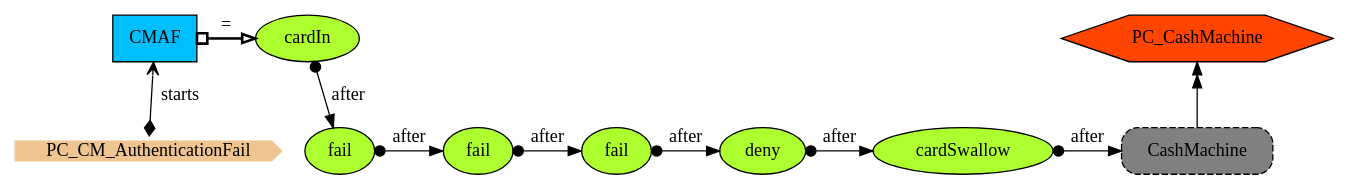
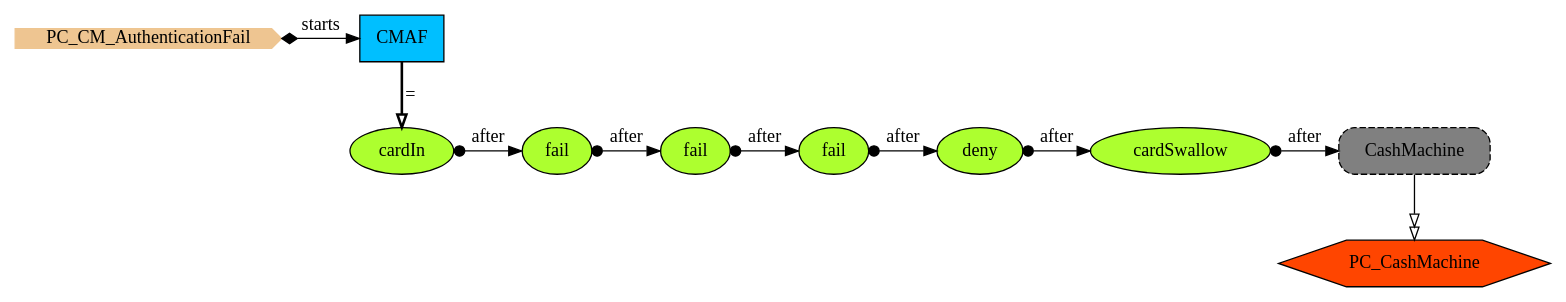
The diagram in Haskell/PCs/Examples/img/PC_CM_AuthenticationFail.gv (namalio/Fragmenta), drawn with Graphviz before and after one commit. The commit also changed 30 other files, not shown here.

```diff
--- a/Haskell/PCs/Examples/img/PC_CM_AuthenticationFail.gv
+++ b/Haskell/PCs/Examples/img/PC_CM_AuthenticationFail.gv
@@ -1,31 +1,30 @@
 digraph {
 StartN_ [shape = cds,color=burlywood2,style=filled,height=.2,width=.2, label =PC_CM_AuthenticationFail];
 PC_CashMachine [shape=hexagon,fillcolor=orangered,style=filled,label =PC_CashMachine];
 RefCashMachine [shape=rectangle,fillcolor=gray,style="rounded,filled,dashed",label="CashMachine "];
 deny [shape=ellipse,fillcolor=greenyellow,style = filled,label="deny"];
 cardSwallow [shape=ellipse,fillcolor=greenyellow,style = filled,label="cardSwallow"];
 fail3 [shape=ellipse,fillcolor=greenyellow,style = filled,label="fail"];
 fail2 [shape=ellipse,fillcolor=greenyellow,style = filled,label="fail"];
 fail [shape=ellipse,fillcolor=greenyellow,style = filled,label="fail"];
 cardIn [shape=ellipse,fillcolor=greenyellow,style = filled,label="cardIn"];
 CMAF [shape=box,fillcolor=deepskyblue,style = filled,label="CMAF "];
 
-{rank=min;CMAF,cardIn}
-{rank=same;StartN_,fail,fail2,fail3,deny,cardSwallow,RefCashMachine}
+{rank=min;StartN_,CMAF}
+{rank=same;cardIn,fail,fail2,fail3,deny,cardSwallow,RefCashMachine}
 {rank=same;fail,fail2,fail3,deny,cardSwallow,RefCashMachine}
 {rank=same;fail2,fail3,deny,cardSwallow,RefCashMachine}
 {rank=same;fail3,deny,cardSwallow,RefCashMachine}
 {rank=same;deny,cardSwallow,RefCashMachine}
 {rank=same;cardSwallow,RefCashMachine}
-{rank=same;PC_CashMachine,CMAF}
 
 cardSwallow->RefCashMachine[arrowtail=dot,dir=both,label="after"];
-RefCashMachine->PC_CashMachine[arrowhead="normalnormal",label=" "];
+RefCashMachine->PC_CashMachine[arrowhead="normalnormal",fillcolor=white,label=" "];
 deny->cardSwallow[arrowtail=dot,dir=both,label="after"];
 fail3->deny[arrowtail=dot,dir=both,label="after"];
 fail2->fail3[arrowtail=dot,dir=both,label="after"];
 fail->fail2[arrowtail=dot,dir=both,label="after"];
 cardIn->fail[arrowtail=dot,dir=both,label="after"];
-StartN_->CMAF[arrowhead="open",arrowtail=diamond,dir=both,label="starts"];
-CMAF->cardIn[arrowhead="onormal",dir=both,arrowtail=obox,penwidth=2,label="="];
+StartN_->CMAF[arrowtail=diamond,dir=both,label="starts"];
+CMAF->cardIn[arrowhead="onormal",penwidth=2,label="="];
 }
```
